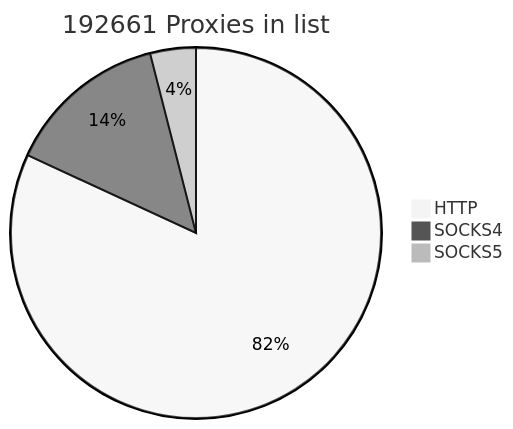
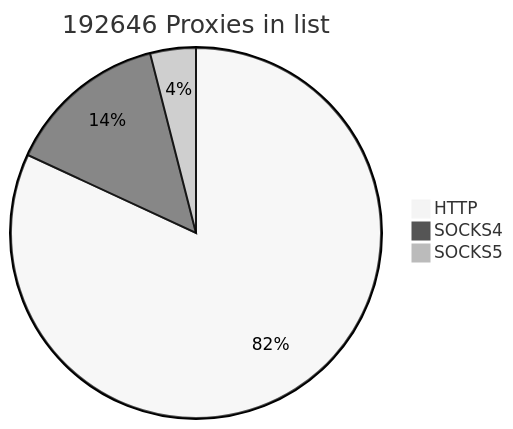
One commit to cutipu/proxylist changed the first of 2 diagrams in README.md. Above: the diagram before and after it, drawn with Mermaid (neutral theme). The commit also changed other lines of this file, not shown here.

````diff
--- a/README.md
+++ b/README.md
@@ -2,7 +2,7 @@
 ```mermaid
-pie title 192661 Proxies in list
-    "HTTP" : 157776
-    "SOCKS4" : 27207
-    "SOCKS5" : 7678
+pie title 192646 Proxies in list
+    "HTTP" : 157797
+    "SOCKS4" : 27173
+    "SOCKS5" : 7676
             
 ```
````
